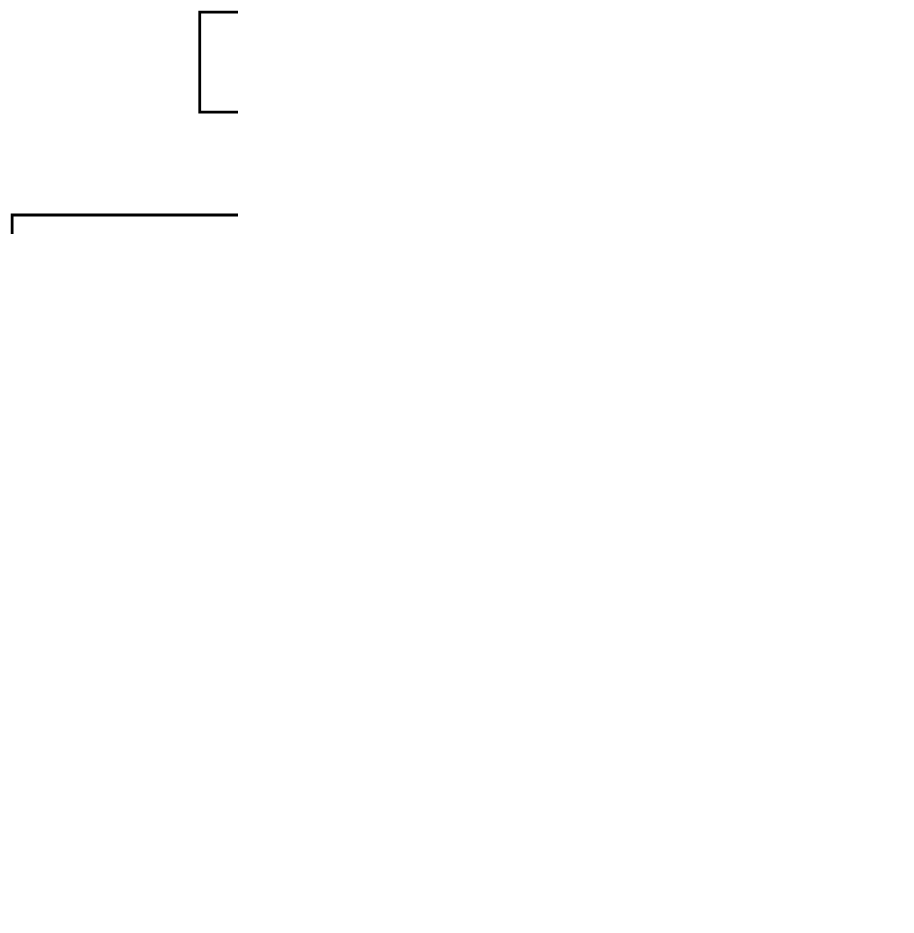
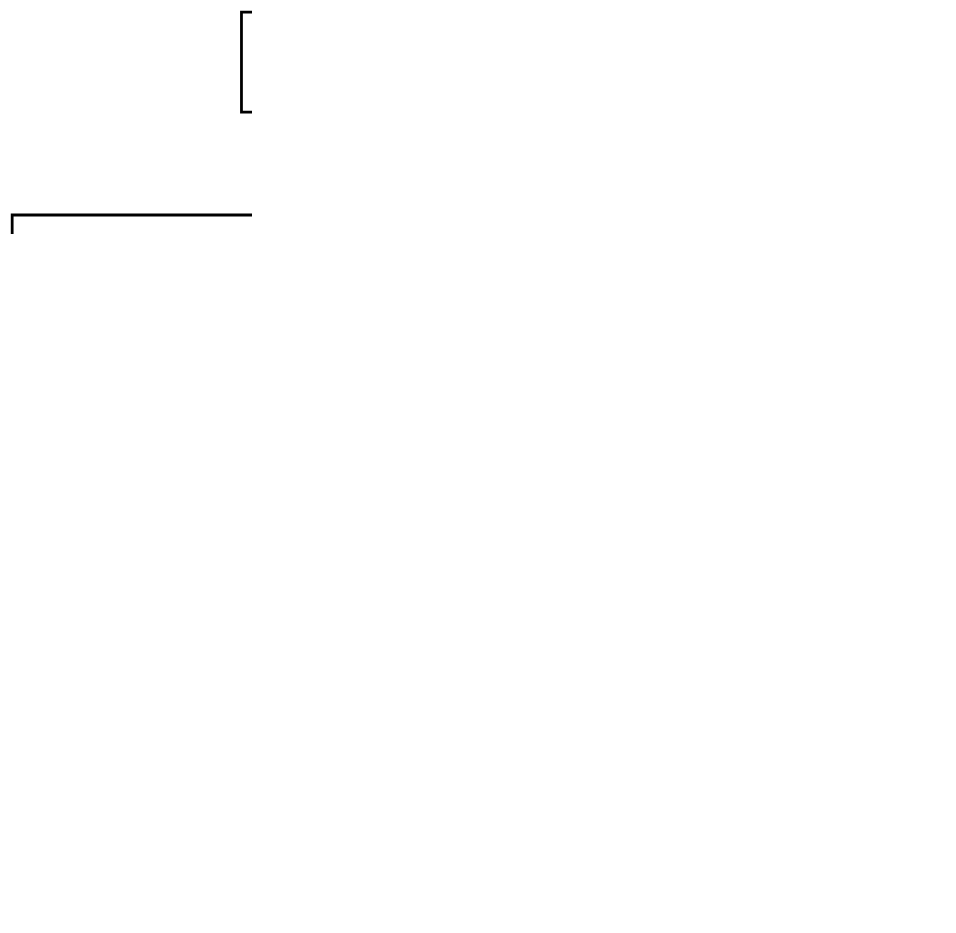
The diagram in 5_ql/doc/graphs/ql_2.dot (basictask/Intelligencia), drawn with Graphviz before and after one commit. The commit also changed 41 other files, not shown here.

```diff
--- a/5_ql/doc/graphs/ql_2.dot
+++ b/5_ql/doc/graphs/ql_2.dot
@@ -1,18 +1,18 @@
 digraph qlearning {
     graph[dpi=300]
 
     initialize_q_table [label="Q1, Q2 tábla inícializálása", shape=rectangle];
-    choose_action [label="Cselekvés választás táblák együttese alapján", shape=rectangle];
+    choose_action [label="Cselekvés választás a Q-táblák együttese alapján", shape=rectangle];
     perform_action [label="Cselekvés végrehajtás", shape=rectangle];
     measure_reward [label="Jutalom megfigyelése", shape=rectangle];
     update_q1_table [label="Q1-tábla frissítése", shape=rectangle];
     update_q2_table [label="Q2-tábla frissítése", shape=rectangle];
 
     initialize_q_table -> choose_action
     choose_action -> perform_action
     perform_action -> measure_reward
     measure_reward -> update_q1_table [label="50%"]
     update_q1_table -> choose_action
     measure_reward -> update_q2_table [label="50%"]
     update_q2_table -> choose_action
 }
```
